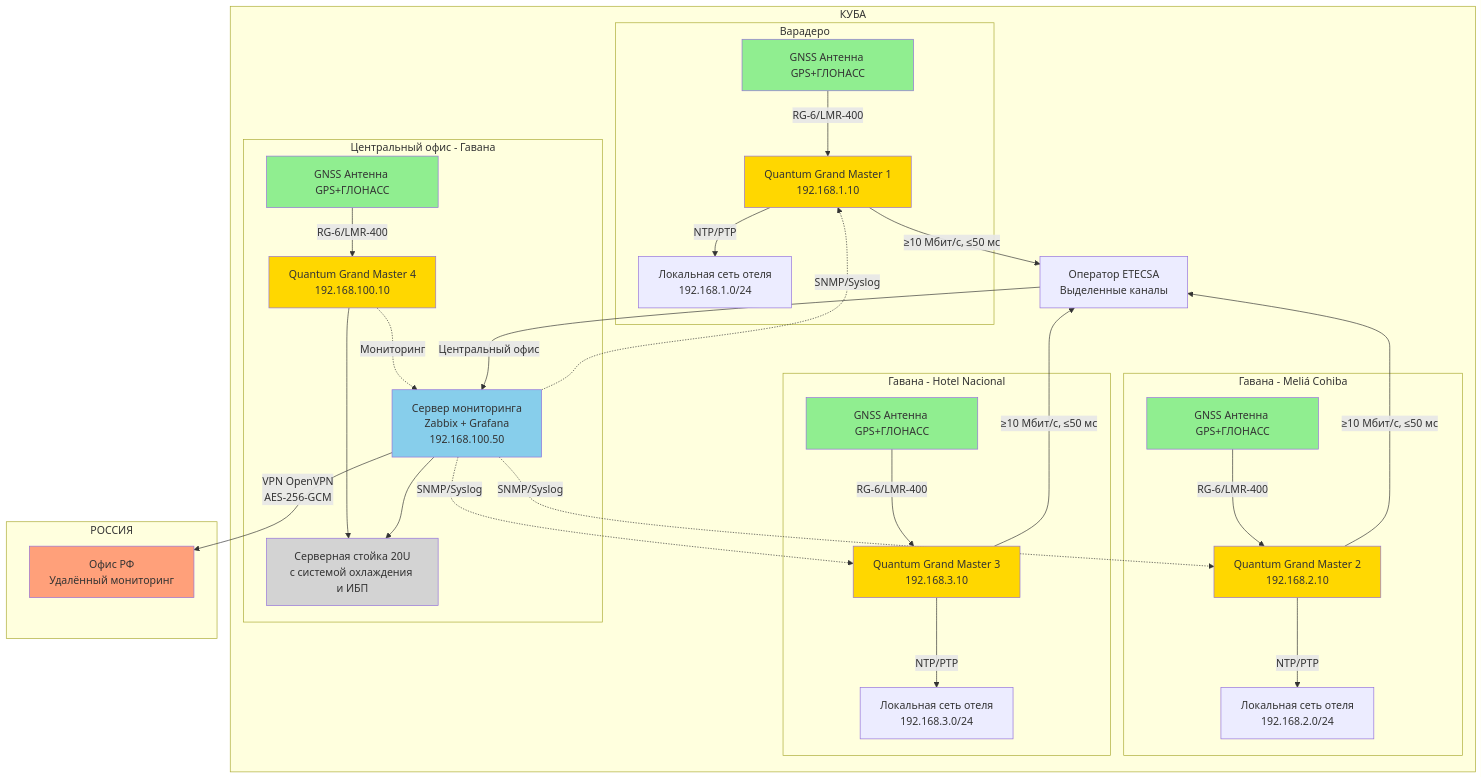
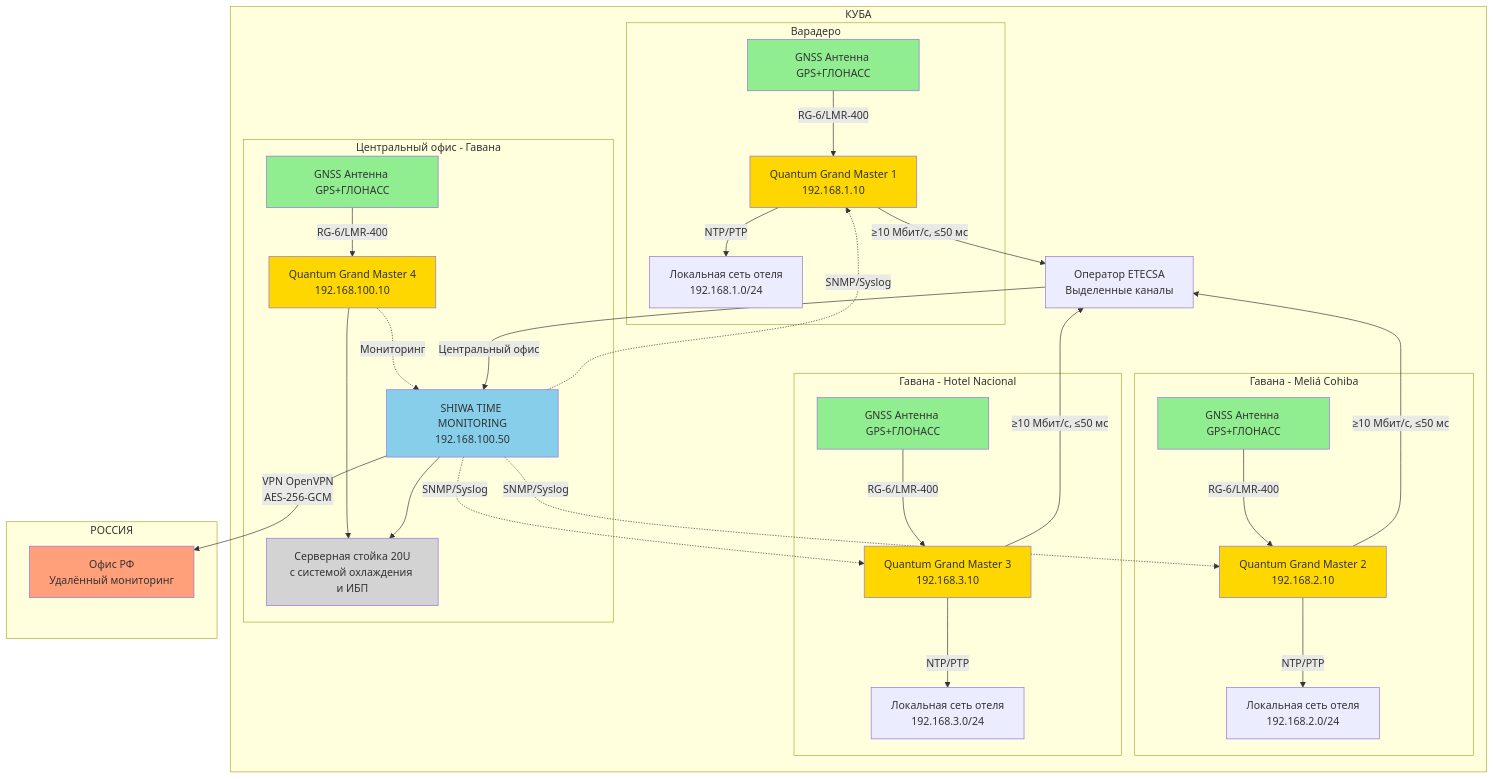
Before and after one commit to SiwaNetwork/BIZNES_HOTEL: the first of 6 diagrams in network_diagrams.md, drawn with Mermaid. The commit also changed other lines of this file and 4 other files, not shown here.

First line of the commit message:
Переименован 'Сервер мониторинга Zabbix + Grafana' в 'SHIWA TIME MONITORING'

````diff
--- a/network_diagrams.md
+++ b/network_diagrams.md
@@ -17,67 +17,67 @@
 ```mermaid
 graph TB
     subgraph "КУБА"
         subgraph "Варадеро"
             ANT1[GNSS Антенна GPS+ГЛОНАСС]
             GM1[Quantum Grand Master 1<br/>192.168.1.10]
             NET1[Локальная сеть отеля<br/>192.168.1.0/24]
             ANT1 -->|RG-6/LMR-400| GM1
             GM1 -->|NTP/PTP| NET1
         end
         
         subgraph "Гавана - Meliá Cohiba"
             ANT2[GNSS Антенна GPS+ГЛОНАСС]
             GM2[Quantum Grand Master 2<br/>192.168.2.10]
             NET2[Локальная сеть отеля<br/>192.168.2.0/24]
             ANT2 -->|RG-6/LMR-400| GM2
             GM2 -->|NTP/PTP| NET2
         end
         
         subgraph "Гавана - Hotel Nacional"
             ANT3[GNSS Антенна GPS+ГЛОНАСС]
             GM3[Quantum Grand Master 3<br/>192.168.3.10]
             NET3[Локальная сеть отеля<br/>192.168.3.0/24]
             ANT3 -->|RG-6/LMR-400| GM3
             GM3 -->|NTP/PTP| NET3
         end
         
         subgraph "Центральный офис - Гавана"
             ANT4[GNSS Антенна GPS+ГЛОНАСС]
             GM4[Quantum Grand Master 4<br/>192.168.100.10]
-            MON[Сервер мониторинга<br/>Zabbix + Grafana<br/>192.168.100.50]
+            MON[SHIWA TIME MONITORING<br/>192.168.100.50]
             RACK[Серверная стойка 20U<br/>с системой охлаждения и ИБП]
             ANT4 -->|RG-6/LMR-400| GM4
             GM4 -.->|Мониторинг| MON
             GM4 --> RACK
             MON --> RACK
         end
         
         ETECSA[Оператор ETECSA<br/>Выделенные каналы]
         
         GM1 -->|≥10 Мбит/с, ≤50 мс| ETECSA
         GM2 -->|≥10 Мбит/с, ≤50 мс| ETECSA
         GM3 -->|≥10 Мбит/с, ≤50 мс| ETECSA
         ETECSA -->|Центральный офис| MON
         MON -.->|SNMP/Syslog| GM1
         MON -.->|SNMP/Syslog| GM2
         MON -.->|SNMP/Syslog| GM3
     end
     
     subgraph "РОССИЯ"
         RF_OFFICE[Офис РФ<br/>Удалённый мониторинг]
     end
     
     MON -->|VPN OpenVPN<br/>AES-256-GCM| RF_OFFICE
 
     style ANT1 fill:#90EE90
     style ANT2 fill:#90EE90
     style ANT3 fill:#90EE90
     style ANT4 fill:#90EE90
     style GM1 fill:#FFD700
     style GM2 fill:#FFD700
     style GM3 fill:#FFD700
     style GM4 fill:#FFD700
     style MON fill:#87CEEB
     style RACK fill:#D3D3D3
     style RF_OFFICE fill:#FFA07A
 ```
````
